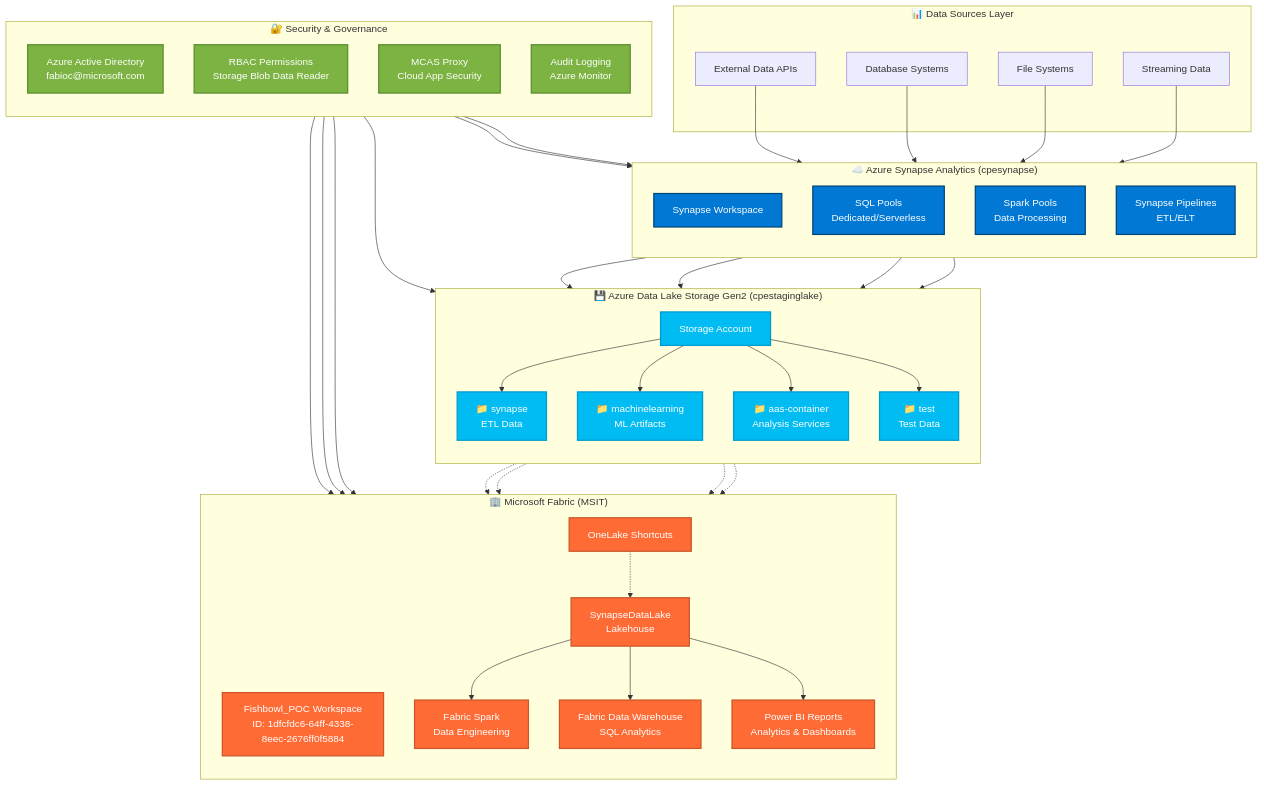
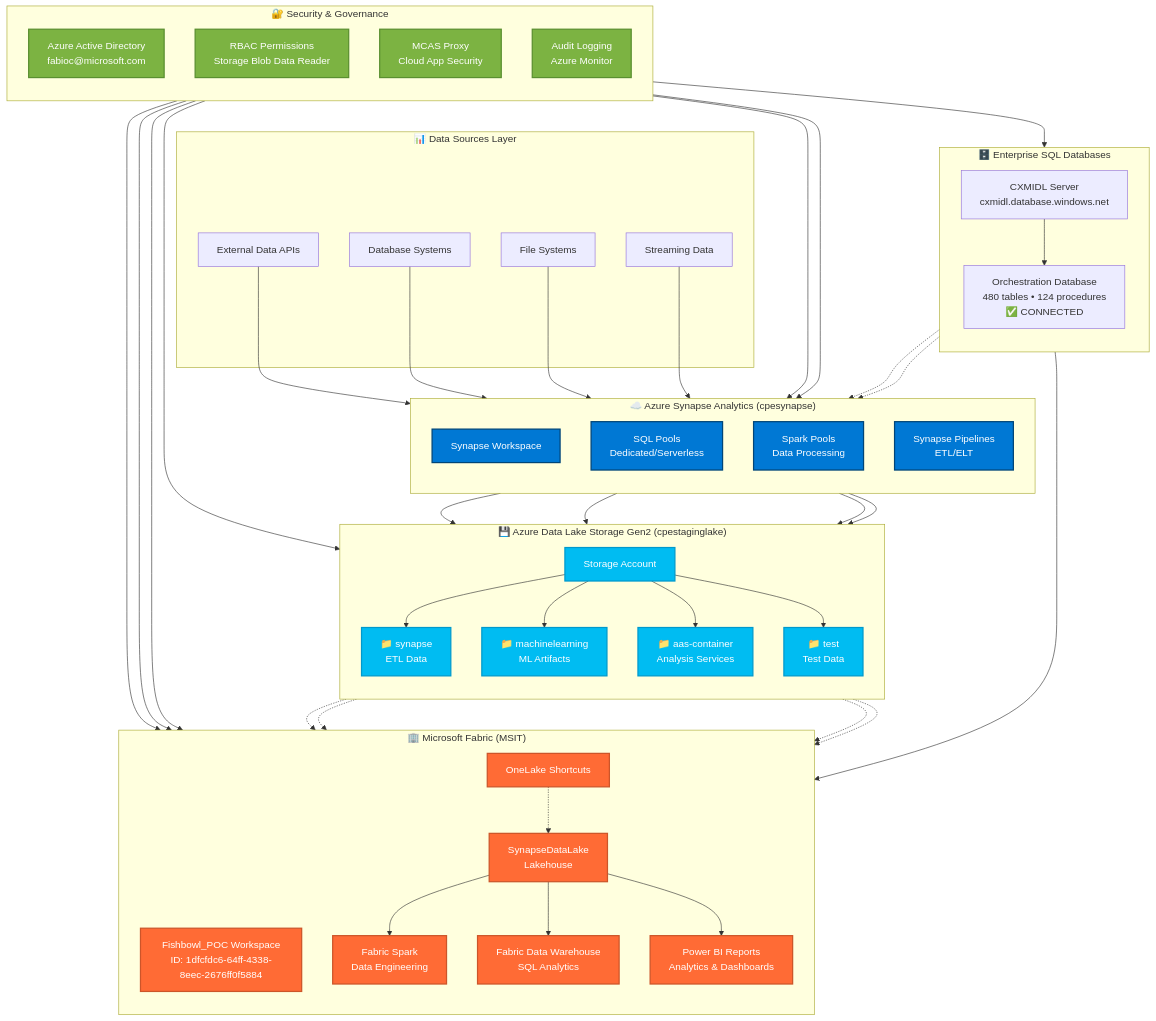
One commit to fabioc-aloha/Fishbowl_POC changed the first of 8 diagrams in ARCHITECTURE.md. Above: the diagram before and after it, drawn with Mermaid. The commit also changed other lines of this file and 19 other files, not shown here.

First line of the commit message:
🚀 Enterprise Integration Complete: CXMIDL Database + Python Environment

```diff
--- a/ARCHITECTURE.md
+++ b/ARCHITECTURE.md
@@ -21,6 +31,14 @@
         DS2[Database Systems]
         DS3[File Systems]
         DS4[Streaming Data]
+    end
+
+    %% Enterprise Database Layer
+    subgraph "🗄️ Enterprise SQL Databases"
+        direction TB
+        CXMIDL[CXMIDL Server<br/>cxmidl.database.windows.net]
+        ORCH[Orchestration Database<br/>480 tables • 124 procedures<br/>✅ CONNECTED]
+        CXMIDL --> ORCH
     end
 
     %% Azure Synapse Layer
@@ -68,6 +86,11 @@
     DS3 --> PIPE
     DS4 --> PIPE
 
+    %% Orchestration Database Integration
+    ORCH -.-> PIPE
+    ORCH -.-> SPARK
+    ORCH --> DW_F
+
     PIPE --> ADLS
     SWS --> ADLS
     POOL --> ADLS
@@ -90,6 +113,7 @@
 
     AAD --> SWS
     AAD --> FWS
+    AAD --> CXMIDL
     RBAC --> ADLS
     MCAS --> FWS
     AUDIT --> SWS
```
